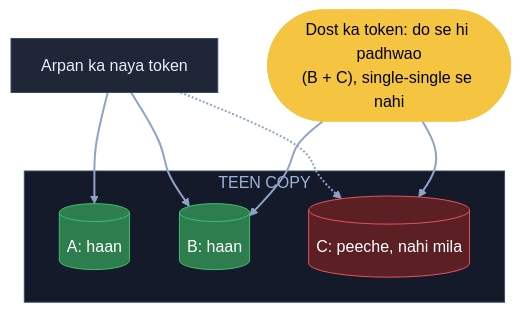
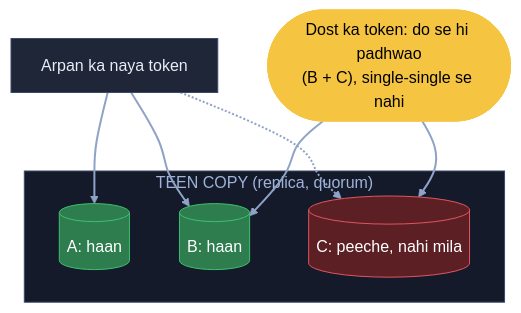
The tenth of 14 diagrams in 04_HLD/SYSTEM_DESIGNS/01_url_shortener/01_url_shortener.md (ArpanMaheshwari144/Prep), drawn with Mermaid before and after one commit. The commit also changed other lines of this file and 1 other file, not shown here.

Commit message:
URL main = hand notes + har kadam ka diagram (kahani shabd, bracket me naam); build_main.py se banti

````diff
--- a/04_HLD/SYSTEM_DESIGNS/01_url_shortener/01_url_shortener.md
+++ b/04_HLD/SYSTEM_DESIGNS/01_url_shortener/01_url_shortener.md
@@ -369,21 +343,21 @@
 ```mermaid
 flowchart TB
     W["Arpan ka naya token"]:::card
-    subgraph CP["TEEN COPY"]
+    subgraph CP["TEEN COPY (replica, quorum)"]
         A[("A: haan")]:::good
         B[("B: haan")]:::good
         C[("C: peeche, nahi mila")]:::bad
     end
     D(["Dost ka token: do se hi padhwao<br/>(B + C), single-single se nahi"]):::pill
     W --> A
     W --> B
     W -.-> C
     D --> B
     D --> C
     linkStyle default stroke:#8fa3c7,stroke-width:2px
     classDef card fill:#1e2638,stroke:#3a4a6b,color:#e8ecf5
     classDef pill fill:#f5c542,stroke:#f5c542,color:#000
     classDef good fill:#2e7d4f,stroke:#3fbf6f,color:#fff
     classDef bad fill:#5c1f24,stroke:#e05561,color:#fff
     style CP fill:#141a29,stroke:#3a4a6b,color:#9fb3d9
 ```
````
